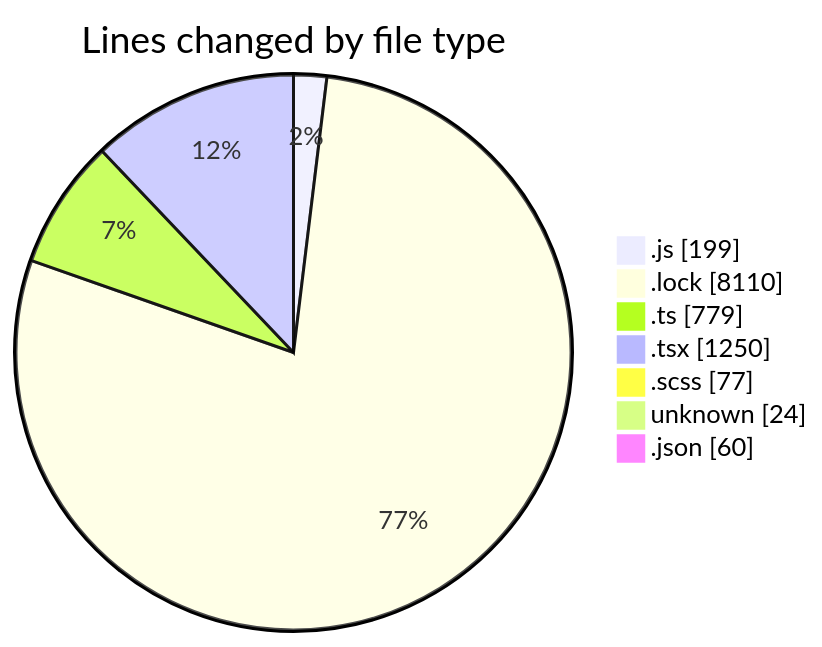
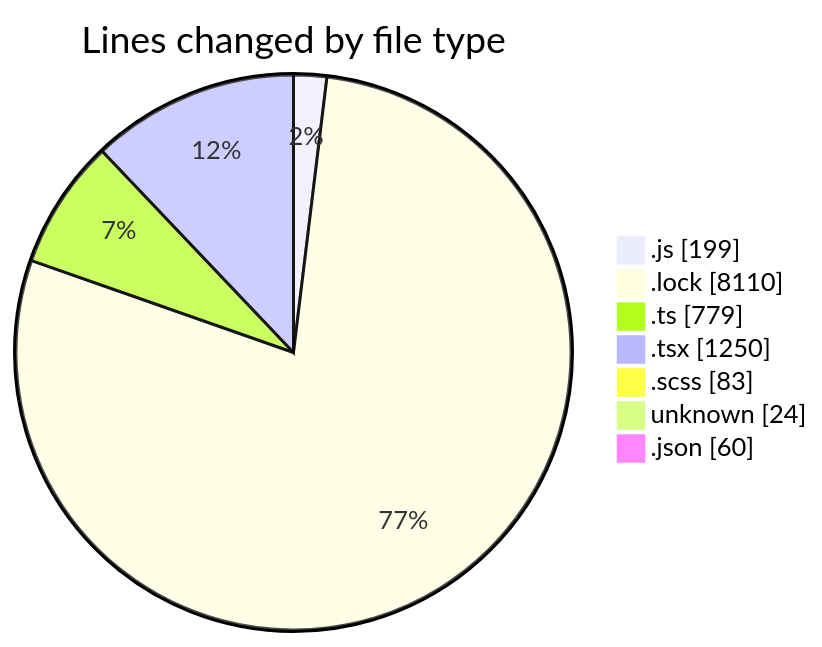
The first of 2 diagrams in 2025-02-07/cda/README.md (momahboobian/code-tracking), drawn with Mermaid before and after one commit. The commit also changed other lines of this file and 1 other file, not shown here.

````diff
--- a/2025-02-07/cda/README.md
+++ b/2025-02-07/cda/README.md
@@ -58,11 +58,11 @@
 ```mermaid
 pie showData
 title Lines changed by file type
 ".js" : 199
 ".lock" : 8110
 ".ts" : 779
 ".tsx" : 1250
-".scss" : 77
+".scss" : 83
 "unknown" : 24
 ".json" : 60
 ```
````
